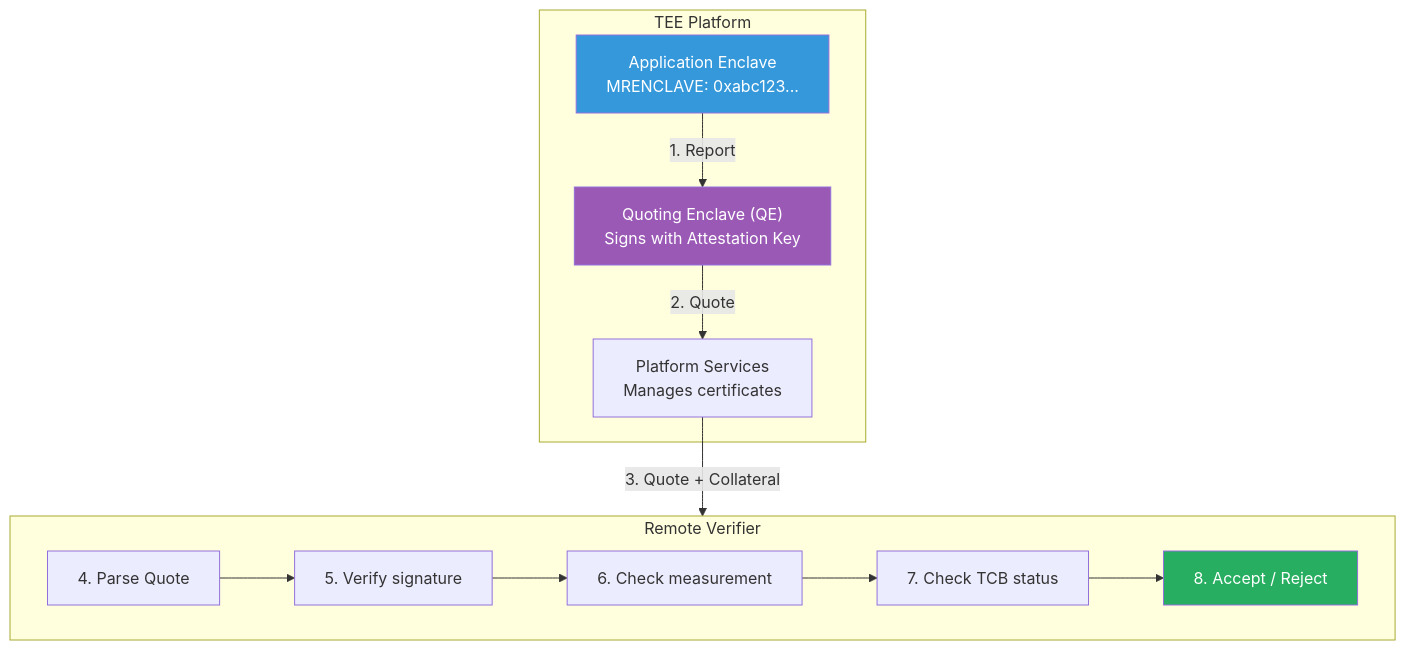
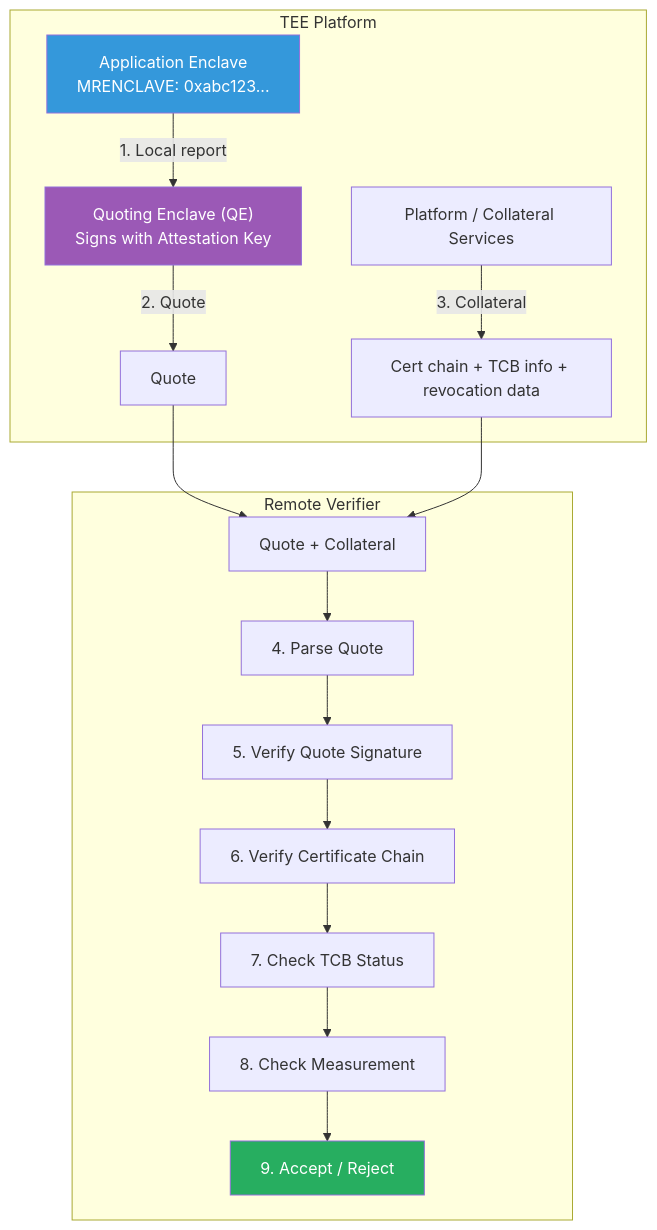
Before and after one commit to V-k-h/roots-of-trust: the second of 9 diagrams in posts/02-tee-attestation-model.md, drawn with Mermaid. The commit also changed other lines of this file, not shown here.

First line of the commit message:
Improve TEE attestation model documentation

````diff
--- a/posts/02-tee-attestation-model.md
+++ b/posts/02-tee-attestation-model.md
@@ -81,30 +84,36 @@
 ```mermaid
 flowchart TD
-    subgraph TEE_Platform["TEE Platform"]
-        AppEnclave["Application Enclave<br>MRENCLAVE: 0xabc123..."]
+    subgraph TEEPlatform["TEE Platform"]
+        App["Application Enclave<br>MRENCLAVE: 0xabc123..."]
         QE["Quoting Enclave (QE)<br>Signs with Attestation Key"]
-        PSE["Platform Services<br>Manages certificates"]
+        CollateralSvc["Platform / Collateral Services"]
         
-        AppEnclave -->|"1. Report"| QE
-        QE -->|"2. Quote"| PSE
+        App -->|"1. Local report"| QE
+        QE -->|"2. Quote"| QuoteOut["Quote"]
+        CollateralSvc -->|"3. Collateral"| CollateralOut["Cert chain + TCB info + revocation data"]
     end
     
-    PSE -->|"3. Quote + Collateral"| Verifier
-    
     subgraph Verifier["Remote Verifier"]
+        Input["Quote + Collateral"]
         Parse["4. Parse Quote"]
-        VerifySig["5. Verify signature"]
-        CheckMeasure["6. Check measurement"]
-        CheckTCB["7. Check TCB status"]
-        Decision["8. Accept / Reject"]
+        VerifySig["5. Verify Quote Signature"]
+        VerifyChain["6. Verify Certificate Chain"]
+        CheckTCB["7. Check TCB Status"]
+        CheckMeasure["8. Check Measurement"]
+        Decision["9. Accept / Reject"]
         
+        Input --> Parse
         Parse --> VerifySig
-        VerifySig --> CheckMeasure
-        CheckMeasure --> CheckTCB
-        CheckTCB --> Decision
+        VerifySig --> VerifyChain
+        VerifyChain --> CheckTCB
+        CheckTCB --> CheckMeasure
+        CheckMeasure --> Decision
     end
     
-    style AppEnclave fill:#3498db,color:#fff
+    QuoteOut --> Input
+    CollateralOut --> Input
+    
+    style App fill:#3498db,color:#fff
     style QE fill:#9b59b6,color:#fff
     style Decision fill:#27ae60,color:#fff
 ```
````
